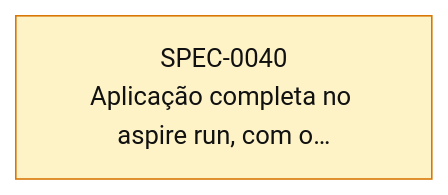
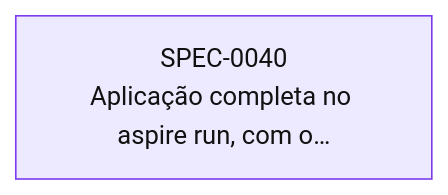
The diagram in docs/specs/INDEX.md (thomasravache/subsolo), drawn with Mermaid (base theme) before and after one commit. The commit also changed other lines of this file and 1 other file, not shown here.

First line of the commit message:
docs(sdd): approve and plan SPEC-0040

````diff
--- a/docs/specs/INDEX.md
+++ b/docs/specs/INDEX.md
@@ -66,9 +66,9 @@
 ```mermaid
 flowchart LR
-  S0040["SPEC-0040<br/>Aplicação completa no aspire run, com o…"]:::proposed
+  S0040["SPEC-0040<br/>Aplicação completa no aspire run, com o…"]:::inprogress
   classDef proposed fill:#fef3c7,stroke:#d97706,color:#111
   classDef approved fill:#dbeafe,stroke:#2563eb,color:#111
   classDef inprogress fill:#ede9fe,stroke:#7c3aed,color:#111
   classDef implemented fill:#dcfce7,stroke:#16a34a,color:#111
   classDef deprecated fill:#f3f4f6,stroke:#9ca3af,color:#6b7280
 ```
````
